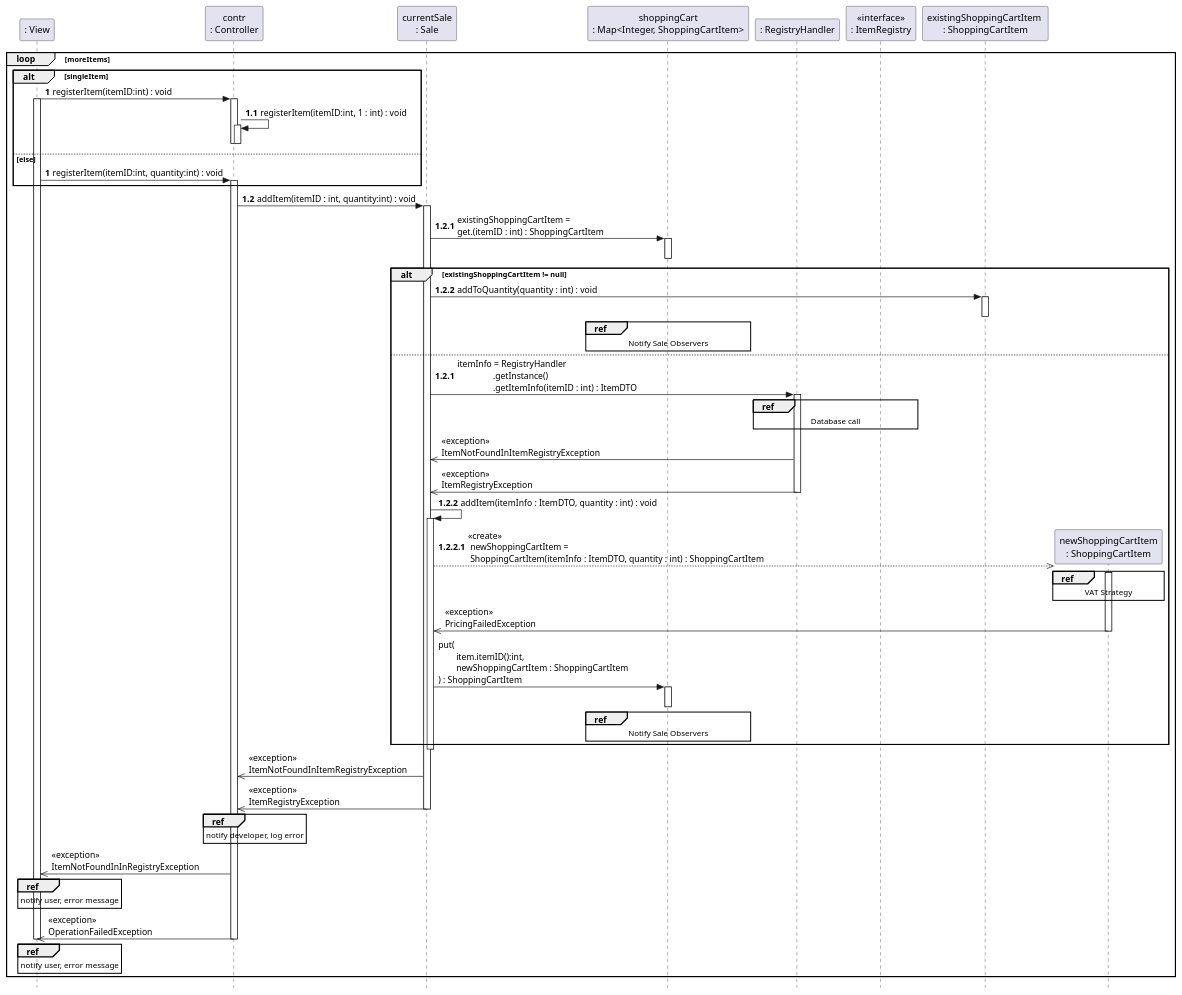
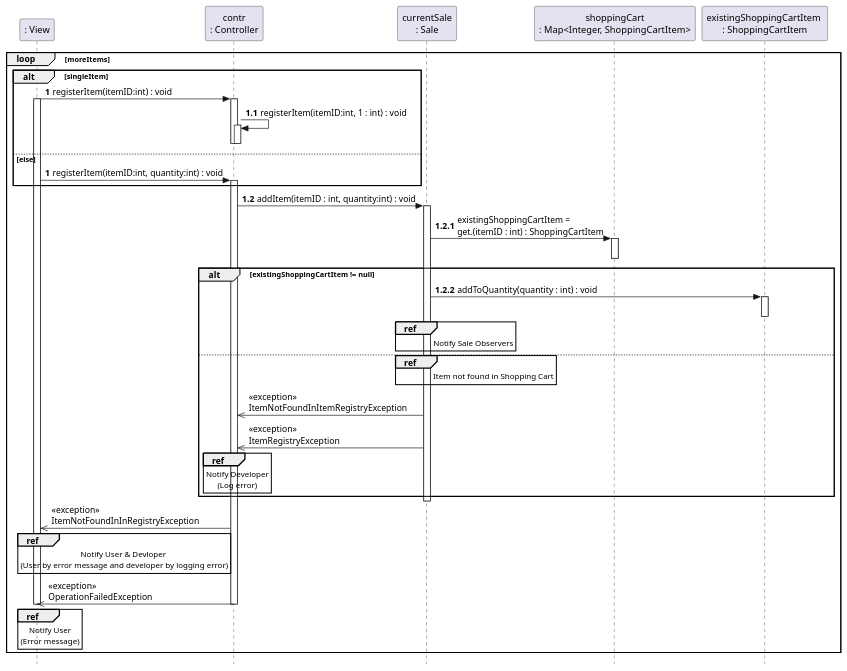
Before and after one commit to VincentFerrigan/kth-iv1350-object-oriented-design: the fifth of 13 diagrams in uml/uml_v3.puml, drawn with PlantUML. The commit also changed other lines of this file, not shown here.

Commit message:
Updating set up, start sale and reg item. Incl. refs

```diff
--- a/uml/uml_v3.puml
+++ b/uml/uml_v3.puml
@@ -665,101 +671,75 @@
 @startuml
 skinparam style strictuml
 
 'title registerItem
 'REGISTERITEM
 hide unlinked
 participant ": View" as View
 participant "contr\n: Controller" as contr
 participant "currentSale\n: Sale" as currentSale
 participant "shoppingCart\n: Map<Integer, ShoppingCartItem>" as shoppingCart
 participant ": RegistryHandler" as RegistryHandler
 'interface ": ItemRegistry" as ItemRegistry
 participant "<<interface>>\n: ItemRegistry" as ItemRegistry
 participant "existingShoppingCartItem \n: ShoppingCartItem" as oldItem
 participant "newShoppingCartItem\n: ShoppingCartItem" as newItem
 
 loop moreItems
 '[validIdentifier]
     alt singleItem
         autonumber 1
         View -> contr : registerItem(itemID:int) : void
         activate View
         activate contr
         autonumber 1.1
         contr -> contr : registerItem(itemID:int, 1 : int) : void
         activate contr
         deactivate contr
         deactivate contr
 
    else else
         autonumber 1
         View -> contr : registerItem(itemID:int, quantity:int) : void
         activate contr
    end
         autonumber 1.2
         contr -> currentSale : addItem(itemID : int, quantity:int) : void
         activate currentSale
             autonumber 1.2.1
             currentSale -> shoppingCart : existingShoppingCartItem = \nget.(itemID : int) : ShoppingCartItem
                 activate shoppingCart
                 deactivate shoppingCart
             alt existingShoppingCartItem != null
                 autonumber 1.2.2
                 currentSale -> oldItem : addToQuantity(quantity : int) : void
-            ref over shoppingCart : Notify Sale Observers
+            ref over currentSale : \t\t Notify Sale Observers
                 activate oldItem
                 deactivate oldItem
             else
-                autonumber 1.2.1
-                currentSale -> RegistryHandler : itemInfo = RegistryHandler\n\t\t.getInstance()\n\t\t.getItemInfo(itemID : int) : ItemDTO
-                ref over RegistryHandler, ItemRegistry
-                    Database call
-                end ref
-                activate RegistryHandler
-                autonumber stop
-                currentSale <<- RegistryHandler : <<exception>>\nItemNotFoundInItemRegistryException
-                currentSale <<- RegistryHandler : <<exception>>\nItemRegistryException
-                deactivate RegistryHandler
-
-                autonumber 1.2.2
-                currentSale -> currentSale : addItem(itemInfo : ItemDTO, quantity : int) : void
-                activate currentSale
-                autonumber 1.2.2.1
-                create newItem
-                currentSale -[dashed]->> newItem : <<create>> \n newShoppingCartItem = \n ShoppingCartItem(itemInfo : ItemDTO, quantity : int) : ShoppingCartItem
-                activate newItem
-                ref over newItem : VAT Strategy
-                autonumber stop
-                 currentSale <<- newItem : <<exception>>\nPricingFailedException
-                deactivate newItem
-                currentSale -> shoppingCart : put(\n\titem.itemID():int, \n\tnewShoppingCartItem : ShoppingCartItem\n) : ShoppingCartItem
-                activate shoppingCart
-                deactivate shoppingCart
-            ref over shoppingCart : Notify Sale Observers
-            end
-                deactivate currentSale
+            ref over currentSale : \t\t Item not found in Shopping Cart
 
 '        activate currentSale
                 autonumber stop
                     contr <<- currentSale : <<exception>>\nItemNotFoundInItemRegistryException
                     contr <<- currentSale : <<exception>>\nItemRegistryException
-                    ref over contr : notify developer, log error
+                    ref over contr : Notify Developer\l(Log error)
 
+             end
 '            autonumber 1.2.3
 '            currentSale -> currentSale
 '            activate currentSale
 '            deactivate currentSale
             deactivate currentSale
                 autonumber stop
                     View <<- contr : <<exception>>\nItemNotFoundInInRegistryException
-                    ref over View : notify user, error message
+                    ref over View : Notify User & Devloper \l(User by error message and developer by logging error)
                     View <<- contr : <<exception>>\nOperationFailedException
-                    ref over View : notify user, error message
+                    ref over View : Notify User\l(Error message)
         autonumber stop
 
         deactivate contr
         deactivate View
 end
 
 autonumber stop
 @enduml
```
